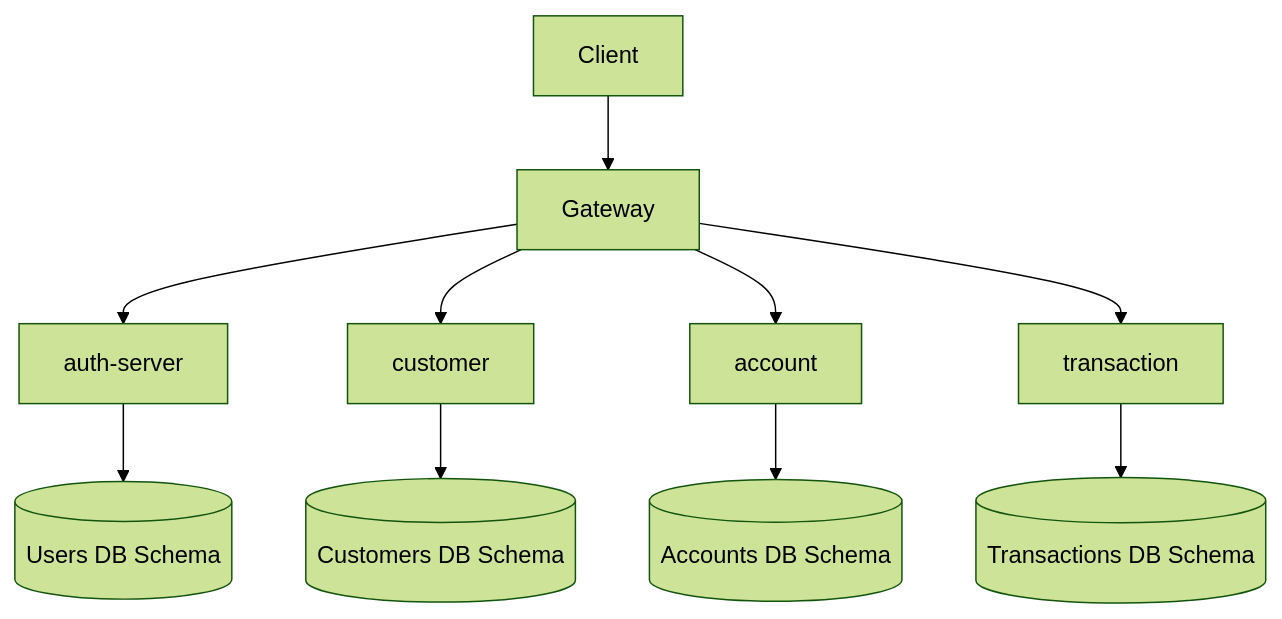
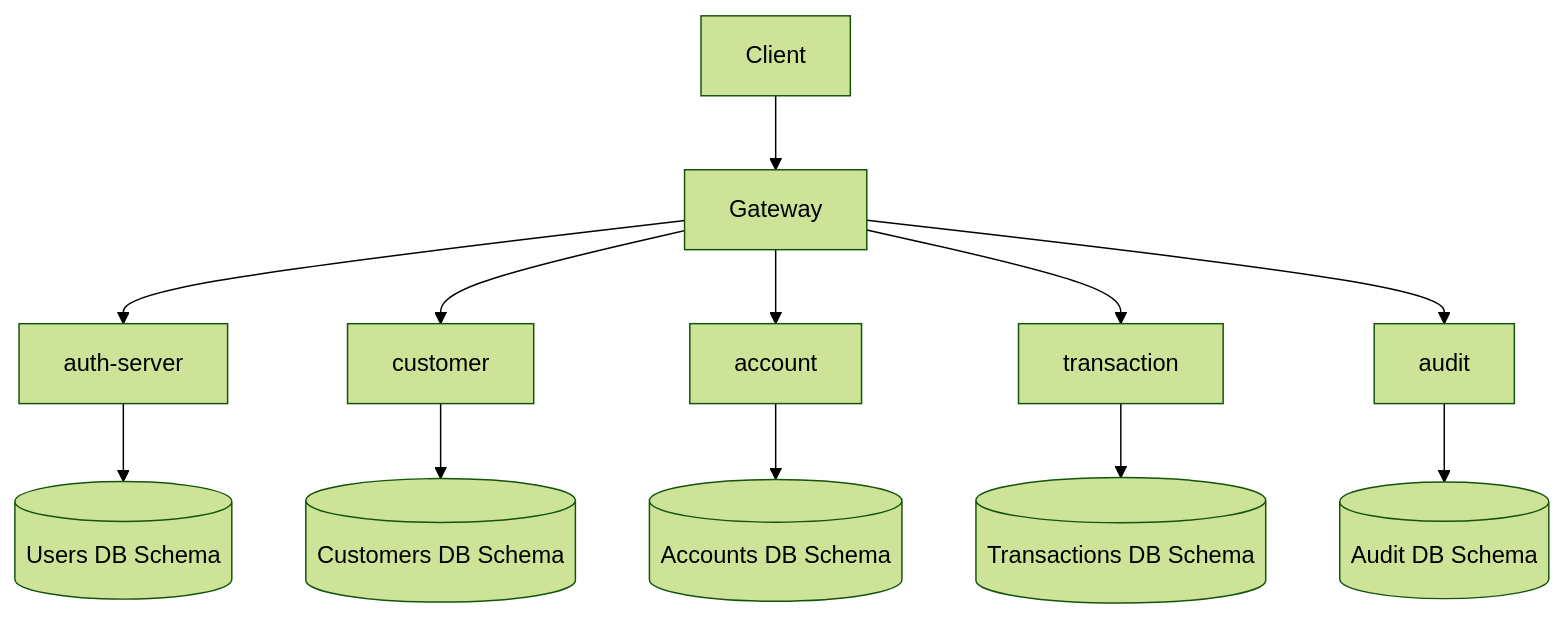
The first of 3 diagrams in README.md (Lfav07/amerbank-micro), drawn with Mermaid (forest theme) before and after one commit. The commit also changed other lines of this file and 1 other file, not shown here.

Commit message:
docs: update README.md to include documentation for new audit-logging microservice

````diff
--- a/README.md
+++ b/README.md
@@ -94,12 +96,14 @@
 ```mermaid
 graph TD
   Client --> Gateway
   Gateway --> auth-server
   Gateway --> customer
   Gateway --> account
   Gateway --> transaction
+  Gateway --> audit
+  audit --> AuditDB[(Audit DB Schema)]
   auth-server --> UsersDB[(Users DB Schema)]
   customer --> CustomersDB[(Customers DB Schema)]
   account --> AccountDB[(Accounts DB Schema)]
   transaction --> transactionDB[(Transactions DB Schema)]
 ```
````
